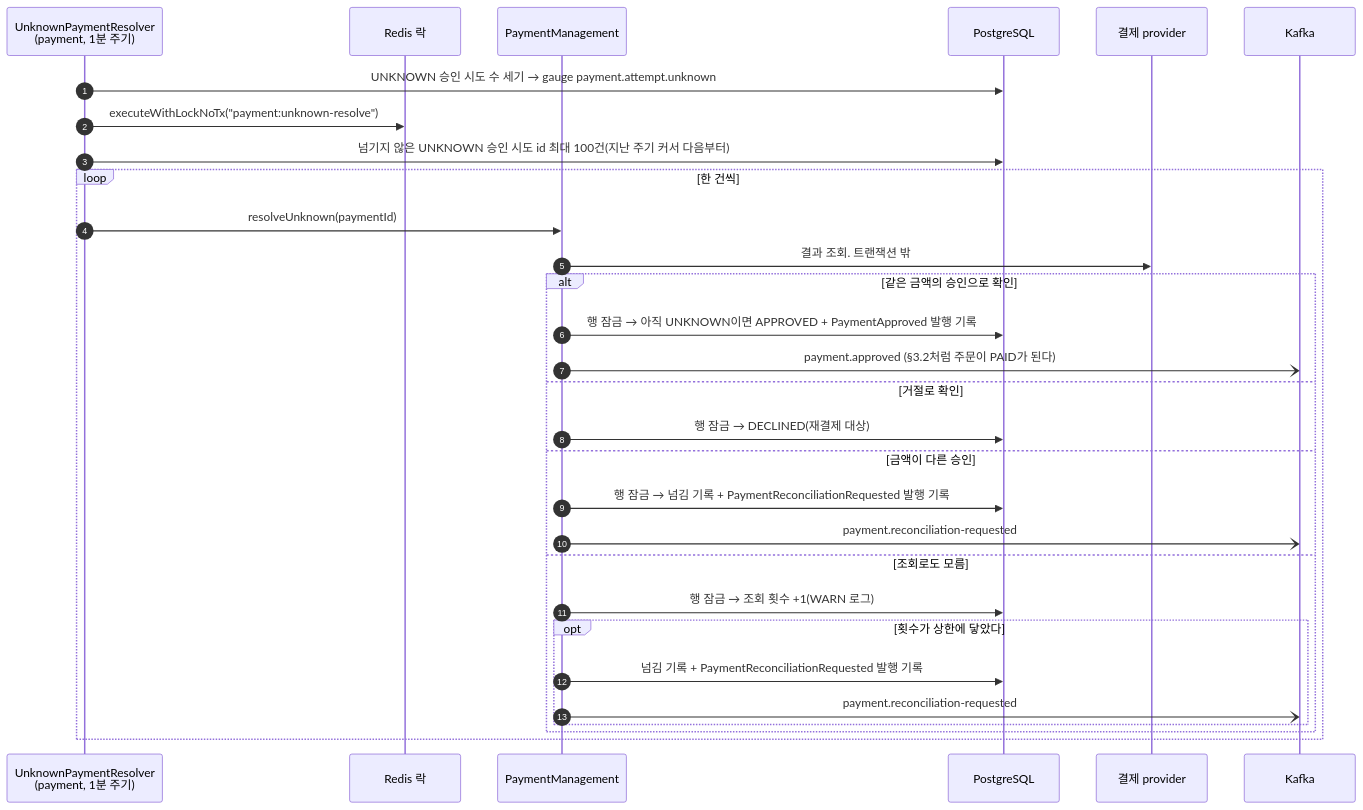
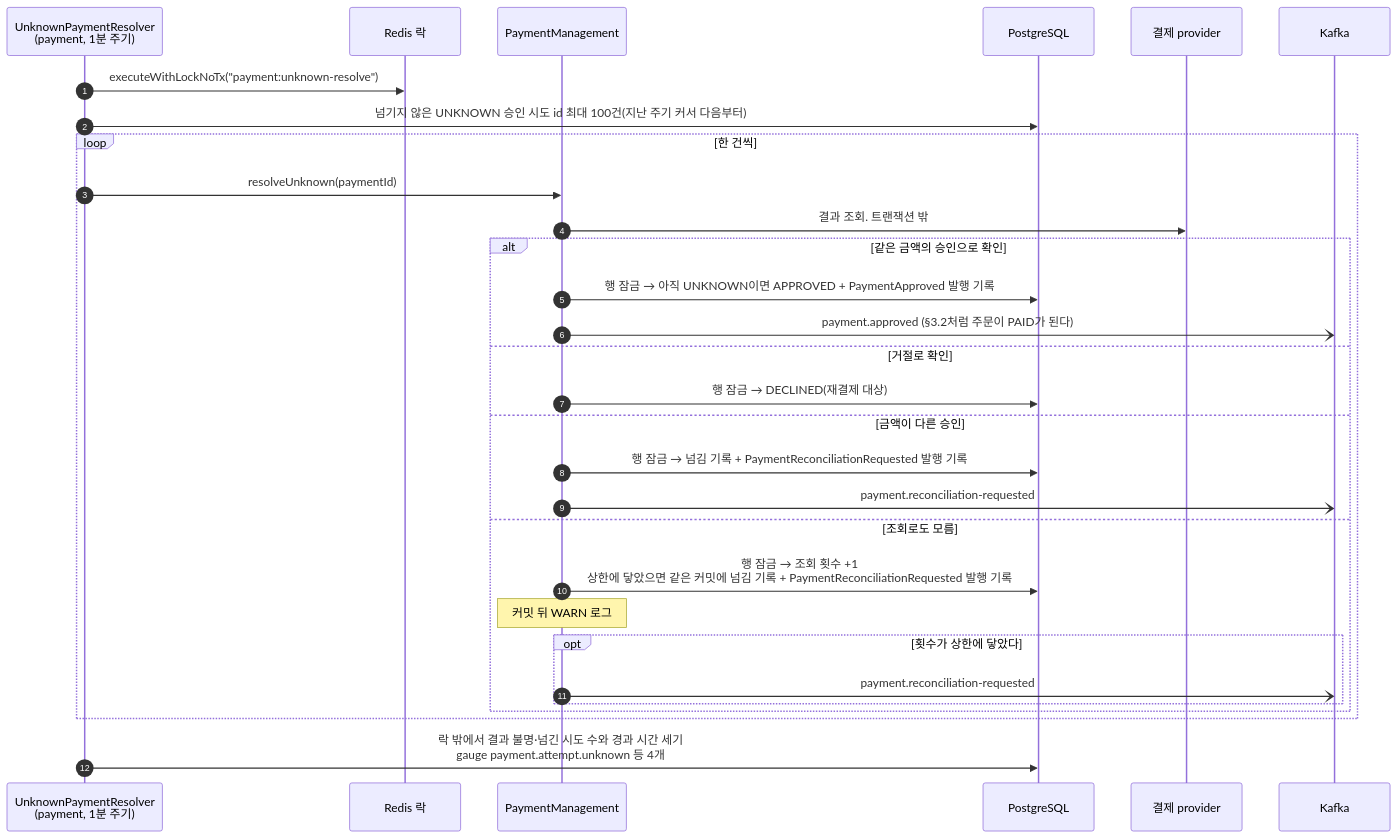
Before and after one commit to char-labs/ResilientPOS: the third of 4 diagrams in docs/wiki/architecture.md, drawn with Mermaid. The commit also changed other lines of this file and 4 other files, not shown here.

````diff
--- a/docs/wiki/architecture.md
+++ b/docs/wiki/architecture.md
@@ -129,33 +129,33 @@
 ```mermaid
 sequenceDiagram
     autonumber
     participant S as UnknownPaymentResolver<br/>(payment, 1분 주기)
     participant L as Redis 락
     participant P as PaymentManagement
     participant DB as PostgreSQL
     participant PG as 결제 provider
     participant K as Kafka
 
-    S->>DB: UNKNOWN 승인 시도 수 세기 → gauge payment.attempt.unknown
     S->>L: executeWithLockNoTx("payment:unknown-resolve")
     S->>DB: 넘기지 않은 UNKNOWN 승인 시도 id 최대 100건(지난 주기 커서 다음부터)
     loop 한 건씩
         S->>P: resolveUnknown(paymentId)
         P->>PG: 결과 조회. 트랜잭션 밖
         alt 같은 금액의 승인으로 확인
             P->>DB: 행 잠금 → 아직 UNKNOWN이면 APPROVED + PaymentApproved 발행 기록
             P-)K: payment.approved (§3.2처럼 주문이 PAID가 된다)
         else 거절로 확인
             P->>DB: 행 잠금 → DECLINED(재결제 대상)
         else 금액이 다른 승인
             P->>DB: 행 잠금 → 넘김 기록 + PaymentReconciliationRequested 발행 기록
             P-)K: payment.reconciliation-requested
         else 조회로도 모름
-            P->>DB: 행 잠금 → 조회 횟수 +1(WARN 로그)
+            P->>DB: 행 잠금 → 조회 횟수 +1<br/>상한에 닿았으면 같은 커밋에 넘김 기록 + PaymentReconciliationRequested 발행 기록
+            Note over P: 커밋 뒤 WARN 로그
             opt 횟수가 상한에 닿았다
-                P->>DB: 넘김 기록 + PaymentReconciliationRequested 발행 기록
                 P-)K: payment.reconciliation-requested
             end
         end
     end
+    S->>DB: 락 밖에서 결과 불명·넘긴 시도 수와 경과 시간 세기<br/>gauge payment.attempt.unknown 등 4개
 ```
````
